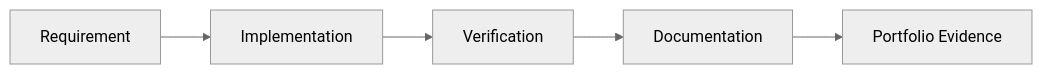
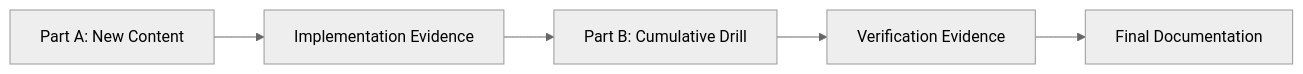
One commit to NikeMot/Azure-WindowsLabs changed the diagram in docs/lab-output-template.md. Above: the diagram before and after it, drawn with Mermaid (neutral theme). The commit also changed other lines of this file, not shown here.

Commit message:
Update lab template with two part structure

````diff
--- a/docs/lab-output-template.md
+++ b/docs/lab-output-template.md
@@ -232,7 +276,7 @@
 ```mermaid
 flowchart LR
-    A[Requirement] --> B[Implementation]
-    B --> C[Verification]
-    C --> D[Documentation]
-    D --> E[Portfolio Evidence]
+    A[Part A: New Content] --> B[Implementation Evidence]
+    B --> C[Part B: Cumulative Drill]
+    C --> D[Verification Evidence]
+    D --> E[Final Documentation]
 ```
````
